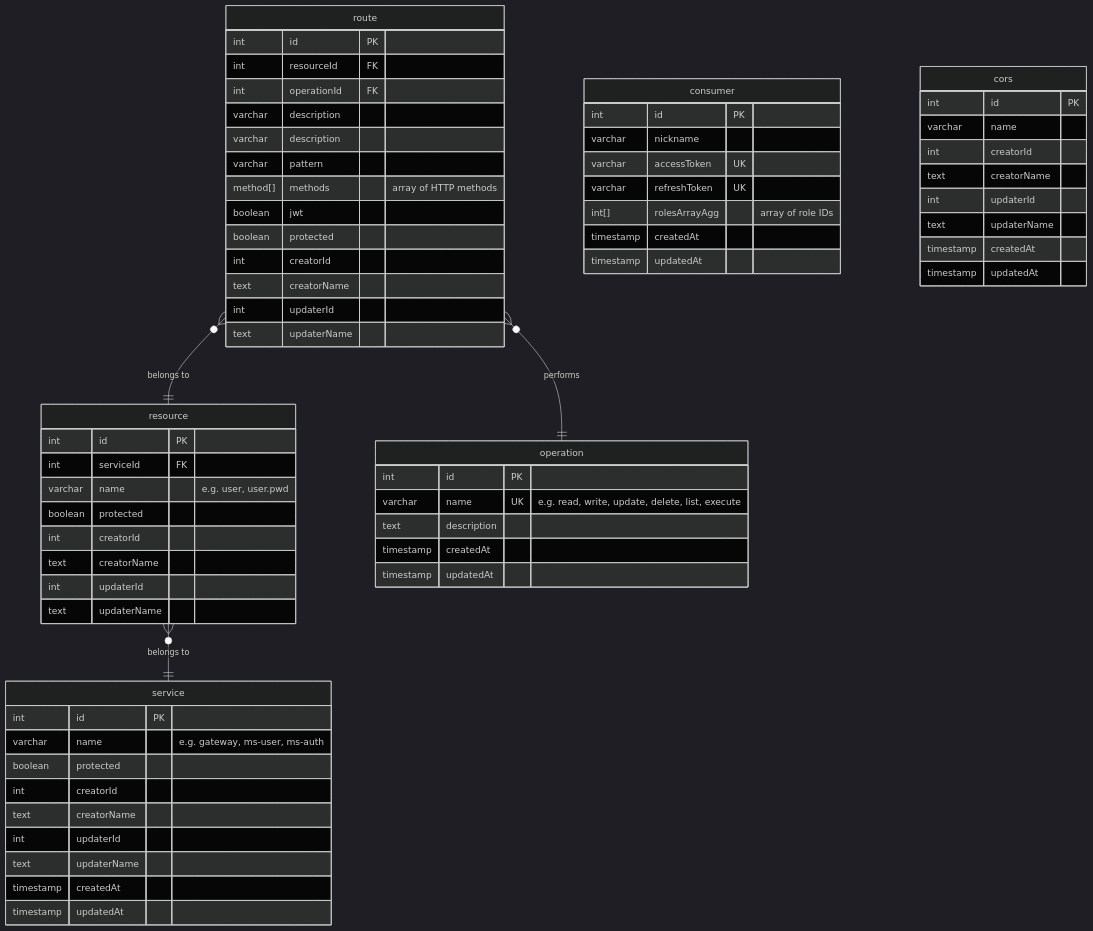
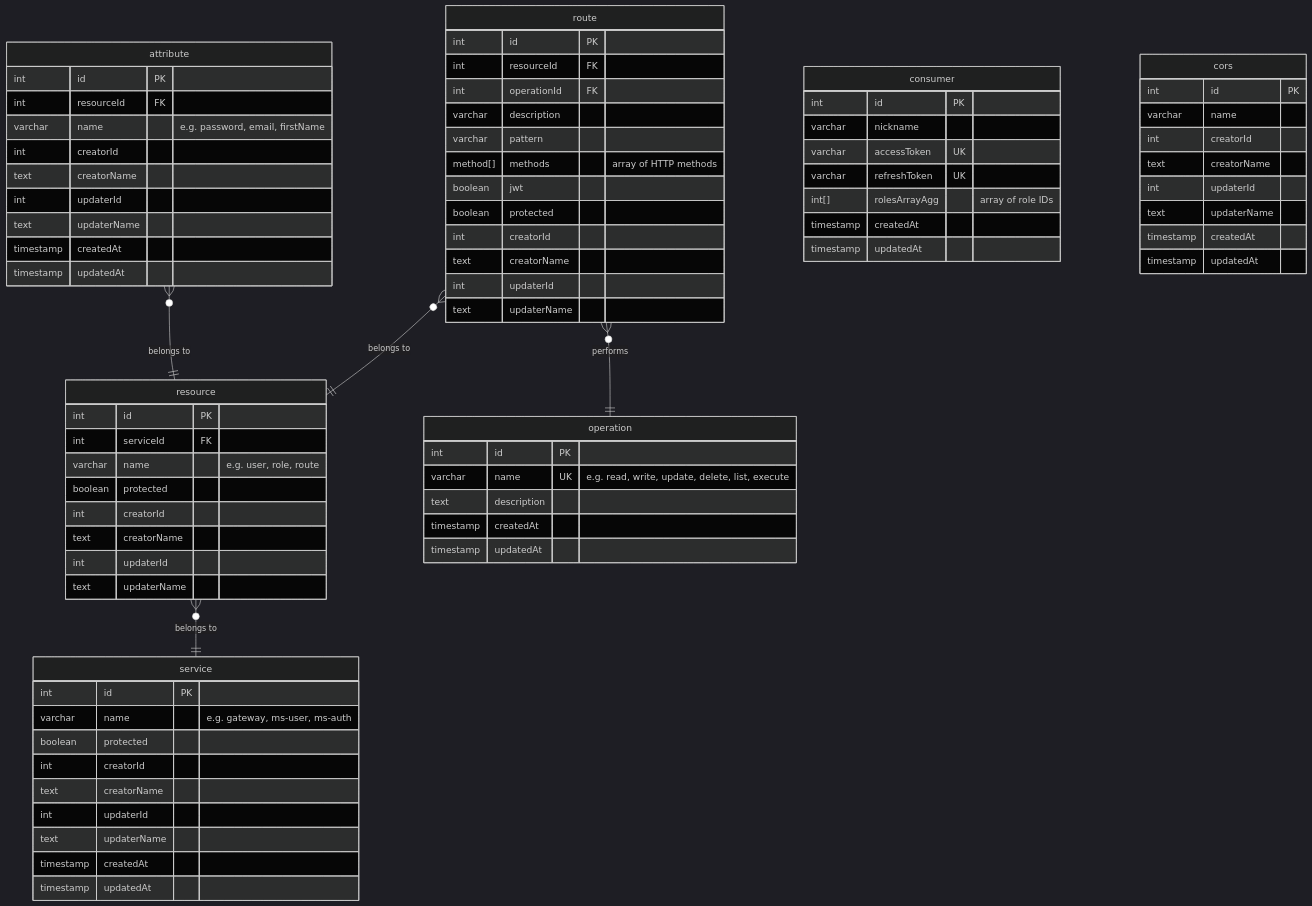
The diagram in doc/erd.md (ALTEN-group/Gatelin), drawn with Mermaid (dark theme) before and after one commit. The commit also changed 7 other files, not shown here.

````diff
--- a/doc/erd.md
+++ b/doc/erd.md
@@ -10,6 +10,7 @@
   route }o--|| resource : "belongs to"
   resource }o--|| service : "belongs to"
   route }o--|| operation : "performs"
+  attribute }o--|| resource : "belongs to"
   consumer {
     int id PK
     varchar nickname
@@ -46,7 +47,7 @@
   resource {
     int id PK
     int serviceId FK
-    varchar name "e.g. user, user.pwd"
+    varchar name "e.g. user, role, route"
     boolean protected
     int creatorId
     text creatorName
@@ -58,7 +59,6 @@
     int id PK
     int resourceId FK
     int operationId FK
-    varchar description
     varchar description
     varchar pattern
     method[] methods "array of HTTP methods"
@@ -78,4 +78,16 @@
     timestamp updatedAt
   }
 
+  attribute {
+    int id PK
+    int resourceId FK
+    varchar name "e.g. password, email, firstName"
+    int creatorId
+    text creatorName
+    int updaterId
+    text updaterName
+    timestamp createdAt
+    timestamp updatedAt
+  }
+
 ```
````
